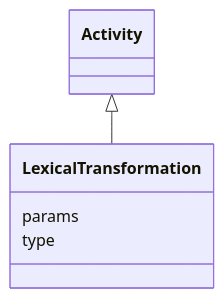
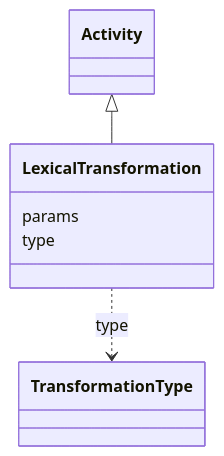
Before and after one commit to INCATools/ontology-access-kit: the diagram in lexical-index/LexicalTransformation.md, drawn with Mermaid. The commit also changed other lines of this file and 1783 other files, not shown here.

````diff
--- a/lexical-index/LexicalTransformation.md
+++ b/lexical-index/LexicalTransformation.md
@@ -11,9 +11,13 @@
 ```{mermaid}
  classDiagram
     class LexicalTransformation
       Activity <|-- LexicalTransformation
       
       LexicalTransformation : params
+        
       LexicalTransformation : type
+        
+          LexicalTransformation ..> TransformationType : type
+        
       
 ```
````
